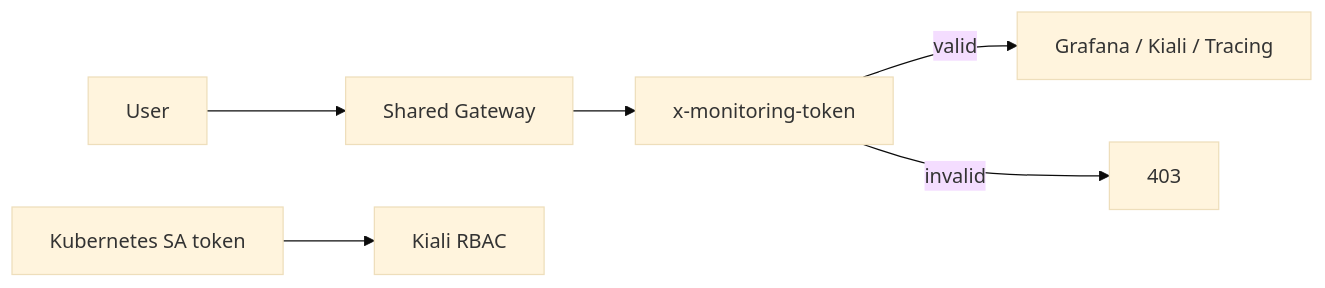
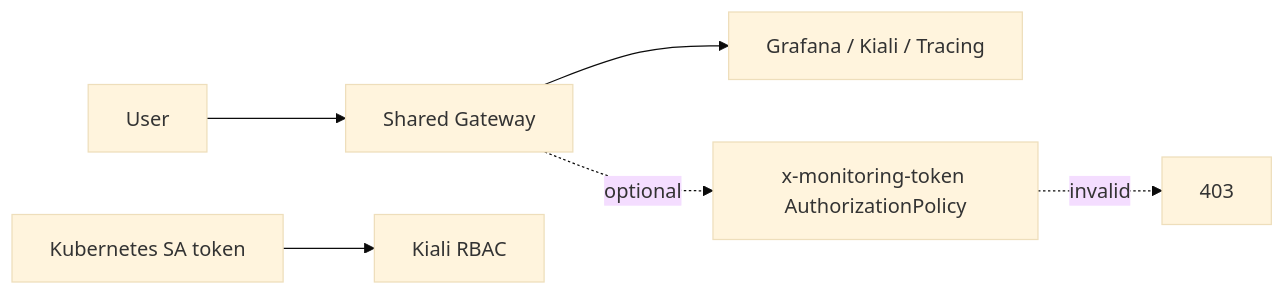
Before and after one commit to wesleydutrads/terraform-oci-modules-af: the second of 2 diagrams in modules/observability/README.md, drawn with Mermaid (base theme). The commit also changed other lines of this file and 3 other files, not shown here.

Commit message:
Make monitoring token policy optional

````diff
--- a/modules/observability/README.md
+++ b/modules/observability/README.md
@@ -77,8 +78,8 @@
 ```mermaid
 flowchart LR
   User[User] --> GW[Shared Gateway]
-  GW --> Token[x-monitoring-token]
-  Token -->|valid| Apps[Grafana / Kiali / Tracing]
-  Token -->|invalid| Deny[403]
+  GW --> Apps[Grafana / Kiali / Tracing]
+  GW -. optional .-> Token[x-monitoring-token AuthorizationPolicy]
+  Token -. invalid .-> Deny[403]
   KialiToken[Kubernetes SA token] --> Kiali[Kiali RBAC]
 ```
````
